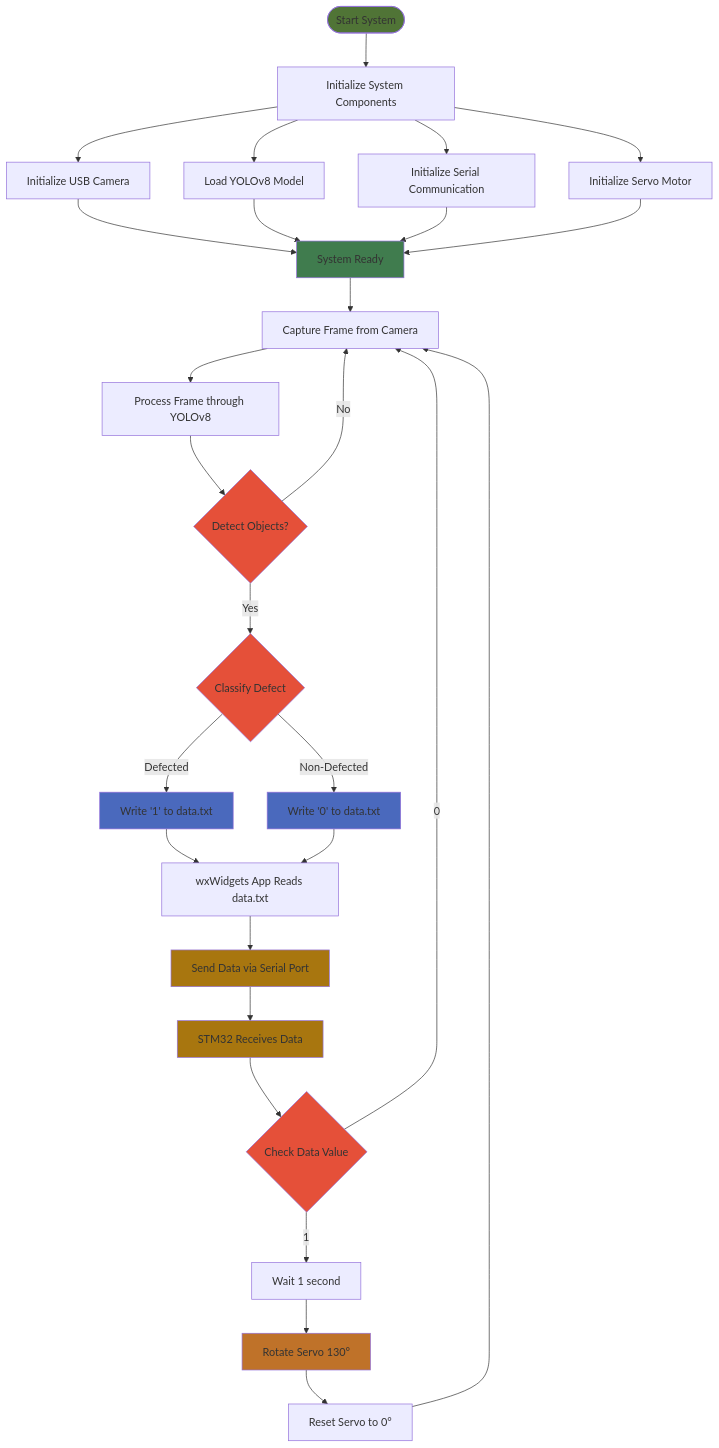
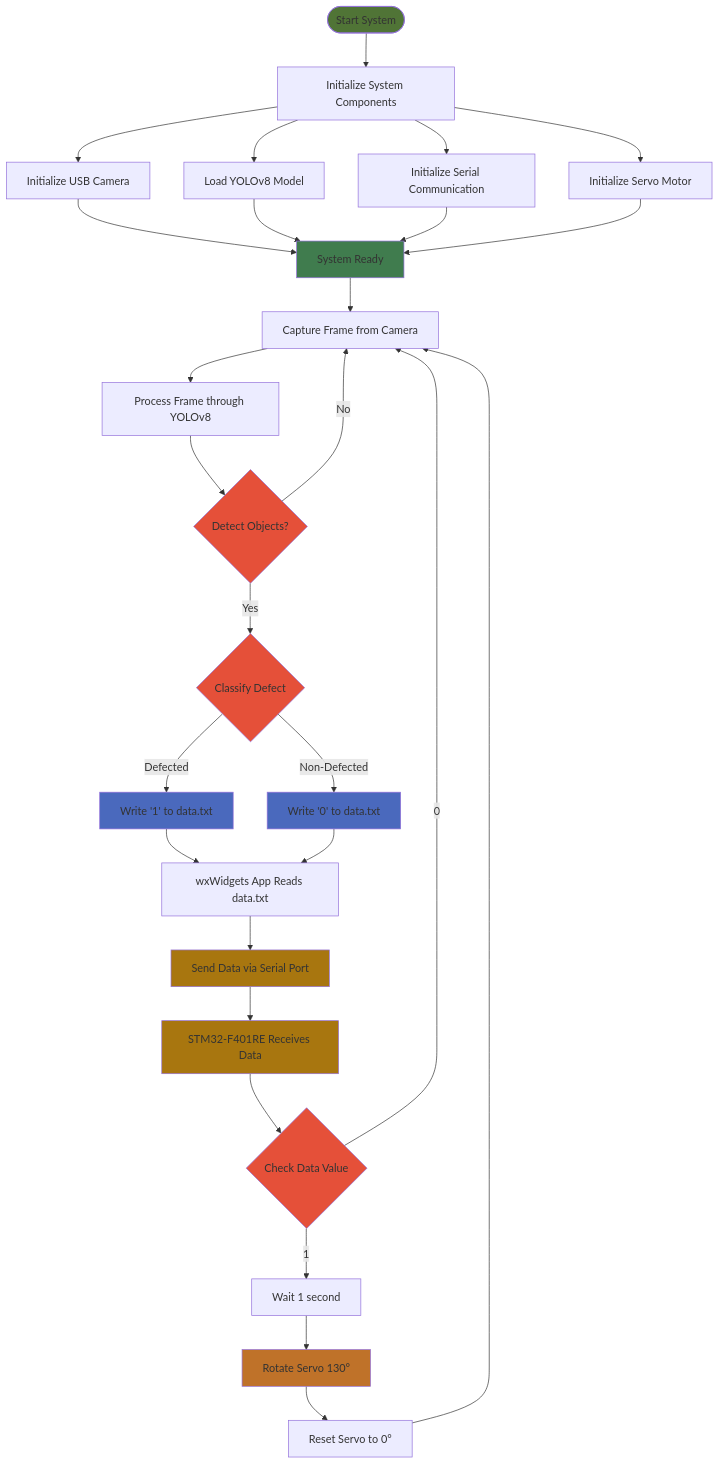
The diagram in README.md (chirag-000/Automated-Visual-Defect-Detection-and-Removal-System-for-Tablets), drawn with Mermaid before and after one commit. The commit also changed other lines of this file, not shown here.

````diff
--- a/README.md
+++ b/README.md
@@ -76,47 +76,47 @@
 ```mermaid
     flowchart TD
     Start([Start System]) --> Init[Initialize System Components]
     Init --> InitCam[Initialize USB Camera]
     Init --> InitModel[Load YOLOv8 Model]
     Init --> InitSerial[Initialize Serial Communication]
     Init --> InitServo[Initialize Servo Motor]
     
     InitCam & InitModel & InitSerial & InitServo --> Ready[System Ready]
     
     Ready --> CaptureFrame[Capture Frame from Camera]
     CaptureFrame --> ProcessFrame[Process Frame through YOLOv8]
     
     ProcessFrame --> Detection{Detect Objects?}
     Detection -->|No| CaptureFrame
     
     Detection -->|Yes| Classify{Classify Defect}
     
     Classify -->|Defected| Write1[Write '1' to data.txt]
     Classify -->|Non-Defected| Write0[Write '0' to data.txt]
     
     Write1 & Write0 --> ReadFile[wxWidgets App Reads data.txt]
     
     ReadFile --> SendSerial[Send Data via Serial Port]
     
-    SendSerial --> RecvSTM[STM32 Receives Data]
+    SendSerial --> RecvSTM[STM32-F401RE Receives Data]
     
     RecvSTM --> CheckData{Check Data Value}
     
     CheckData -->|1| Delay1[Wait 1 second]
     Delay1 --> RotateServo[Rotate Servo 130°]
     RotateServo --> ResetServo[Reset Servo to 0°]
     ResetServo --> CaptureFrame
     
     CheckData -->|0| CaptureFrame
     
     style Start fill:#507436
     style Ready fill:#407C4E
     style Detection fill:#e55039
     style Classify fill:#e55039
     style CheckData fill:#e55039
     style Write1 fill:#4a69bd
     style Write0 fill:#4a69bd
     style SendSerial fill:#A8760F
     style RecvSTM fill:#A8760F
     style RotateServo fill:#BF7229
 ```
````
